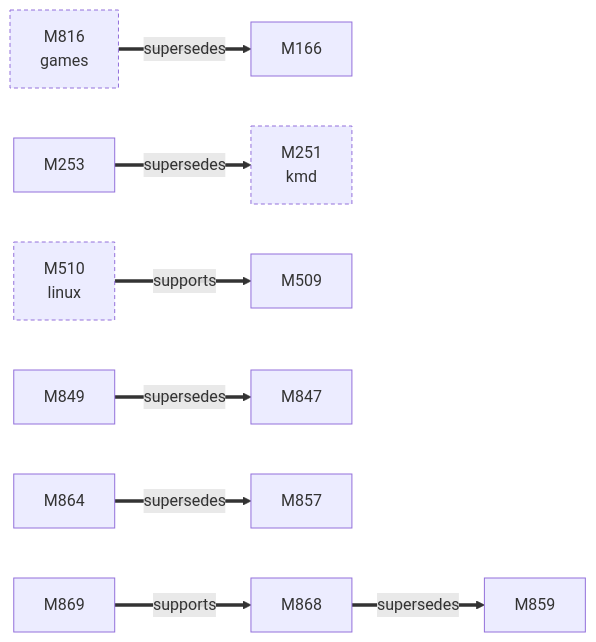
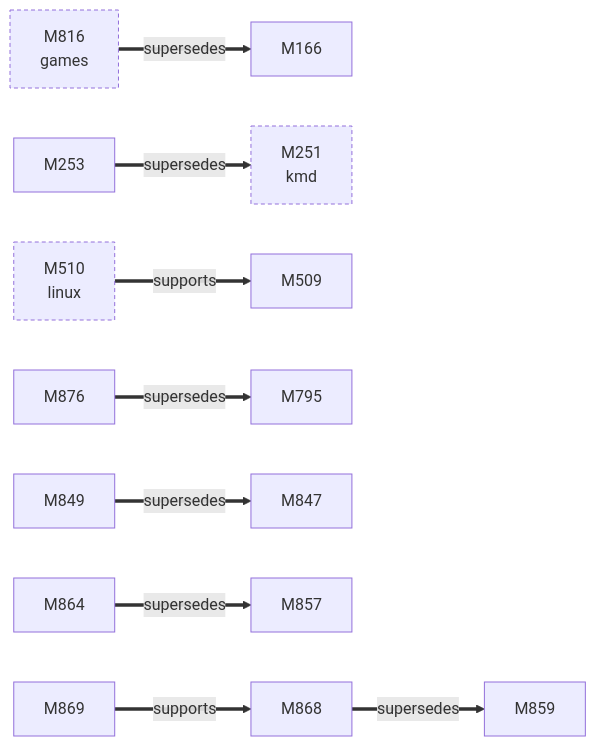
The first of 2 diagrams in docs/facts/graphs/icd.md (D-Ogi/amdgpu-wddm), drawn with Mermaid before and after one commit. The commit also changed 39 other files, not shown here.

````diff
--- a/docs/facts/graphs/icd.md
+++ b/docs/facts/graphs/icd.md
@@ -9,25 +9,28 @@
 ```mermaid
 flowchart LR
   M166["M166"]
   M251["M251<br/>kmd"]
   M253["M253"]
   M509["M509"]
   M510["M510<br/>linux"]
+  M795["M795"]
   M816["M816<br/>games"]
   M847["M847"]
   M849["M849"]
   M857["M857"]
   M859["M859"]
   M864["M864"]
   M868["M868"]
   M869["M869"]
+  M876["M876"]
   M253 ==>|supersedes| M251
   M849 ==>|supersedes| M847
   M864 ==>|supersedes| M857
   M868 ==>|supersedes| M859
   M869 ==>|supports| M868
+  M876 ==>|supersedes| M795
   M816 ==>|supersedes| M166
   M510 ==>|supports| M509
   classDef other stroke-dasharray:4 3
   class M251,M510,M816 other
 ```
````
